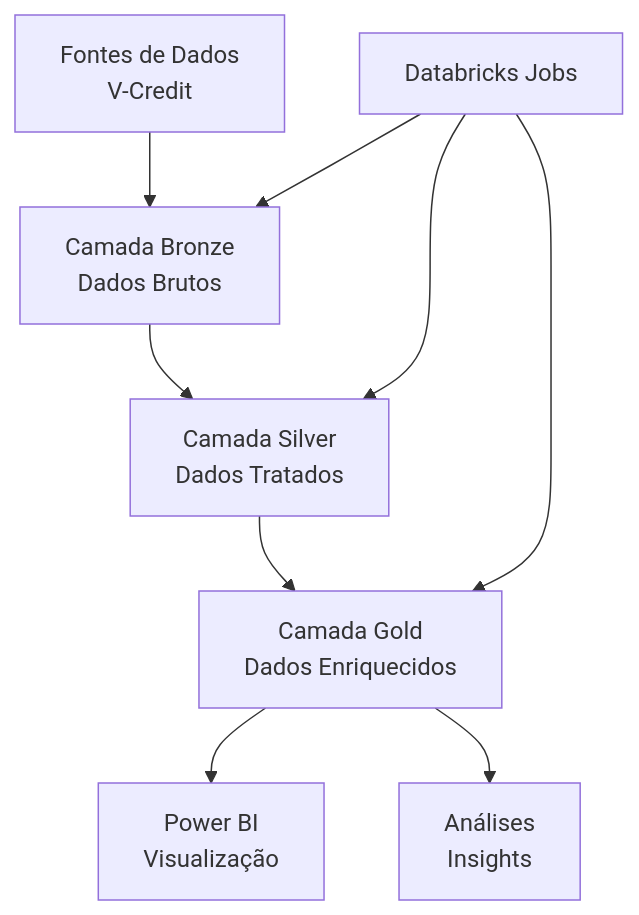
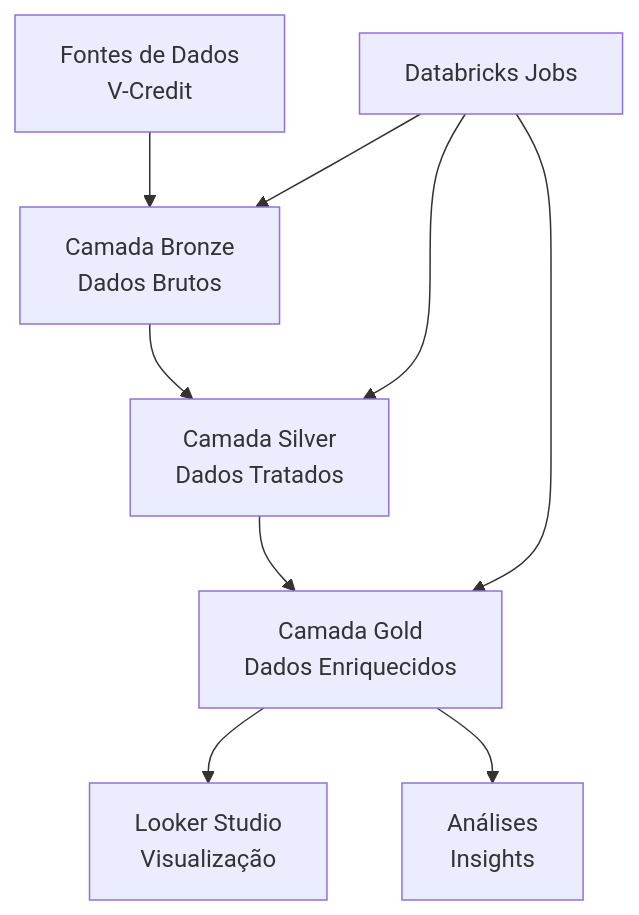
The diagram in README.md (Thomazrlima/Equipe-Rocket), drawn with Mermaid before and after one commit. The commit also changed other lines of this file, not shown here.

````diff
--- a/README.md
+++ b/README.md
@@ -63,12 +62,12 @@
 ```mermaid
 graph TB
     A[Fontes de Dados<br>V-Credit] --> B[Camada Bronze<br>Dados Brutos]
     B --> C[Camada Silver<br>Dados Tratados]
     C --> D[Camada Gold<br>Dados Enriquecidos]
-    D --> E[Power BI<br>Visualização]
+    D --> E[Looker Studio<br>Visualização]
     D --> F[Análises<br>Insights]
     
     G[Databricks Jobs] --> B
     G --> C
     G --> D
 ```
````
